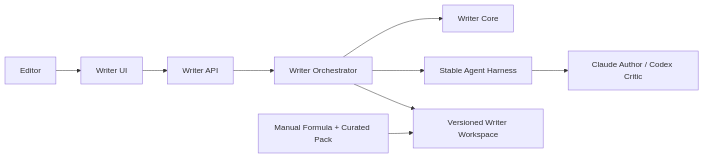
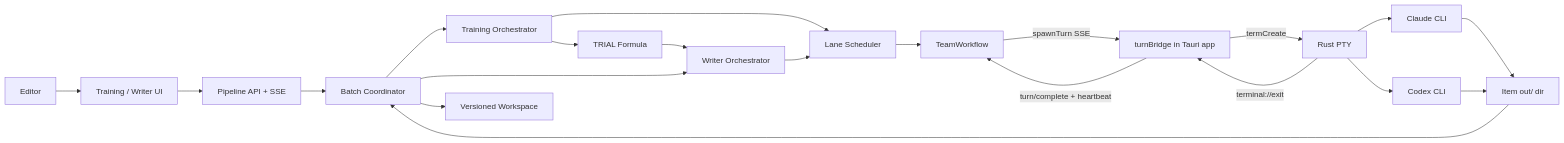
Before and after one commit to Hungbk295/writer-room: the first of 3 diagrams in docs/specs/002-writer-agent-mvp/solution-design.md, drawn with Mermaid. The commit also changed other lines of this file and 57 other files, not shown here.

````diff
--- a/docs/specs/002-writer-agent-mvp/solution-design.md
+++ b/docs/specs/002-writer-agent-mvp/solution-design.md
@@ -97,11 +142,23 @@
 ```mermaid
 flowchart LR
-    U[Editor] --> UI[Writer UI]
-    UI --> API[Writer API]
-    API --> ORCH[Writer Orchestrator]
-    ORCH --> CORE[Writer Core]
-    ORCH --> HARNESS[Stable Agent Harness]
-    ORCH --> FS[Versioned Writer Workspace]
-    HARNESS --> AGENTS[Claude Author / Codex Critic]
-    PACK[Manual Formula + Curated Pack] --> FS
+    U[Editor] --> UI[Training / Writer UI]
+    UI --> API[Pipeline API + SSE]
+    API --> B[Batch Coordinator]
+    B --> T[Training Orchestrator]
+    B --> W[Writer Orchestrator]
+    T --> L[Lane Scheduler]
+    W --> L
+    L --> TW[TeamWorkflow]
+    TW -->|spawnTurn SSE| TB[turnBridge in Tauri app]
+    TB -->|termCreate| PTY[Rust PTY]
+    PTY --> C[Claude CLI]
+    PTY --> X[Codex CLI]
+    PTY -->|terminal://exit| TB
+    TB -->|turn/complete + heartbeat| TW
+    C --> FSO[Item out/ dir]
+    X --> FSO
+    FSO --> B
+    T --> F[TRIAL Formula]
+    F --> W
+    B --> FS[Versioned Workspace]
 ```
````
